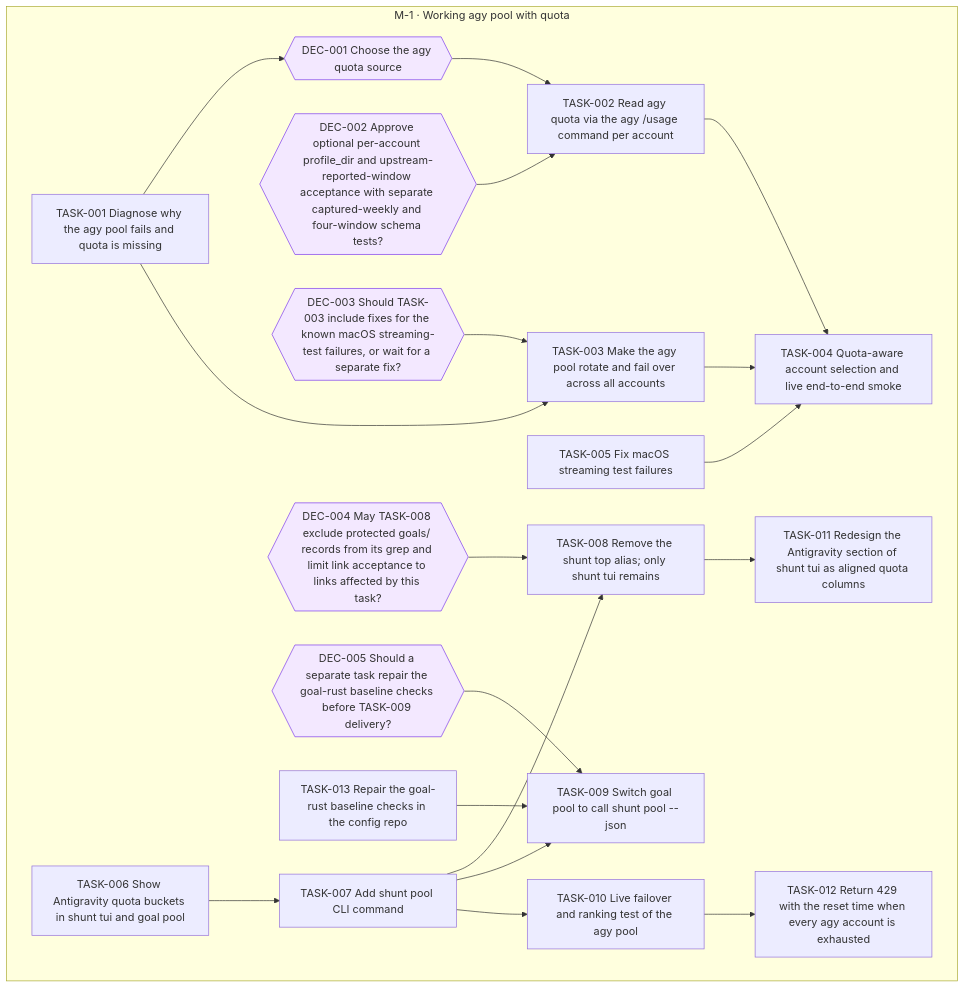
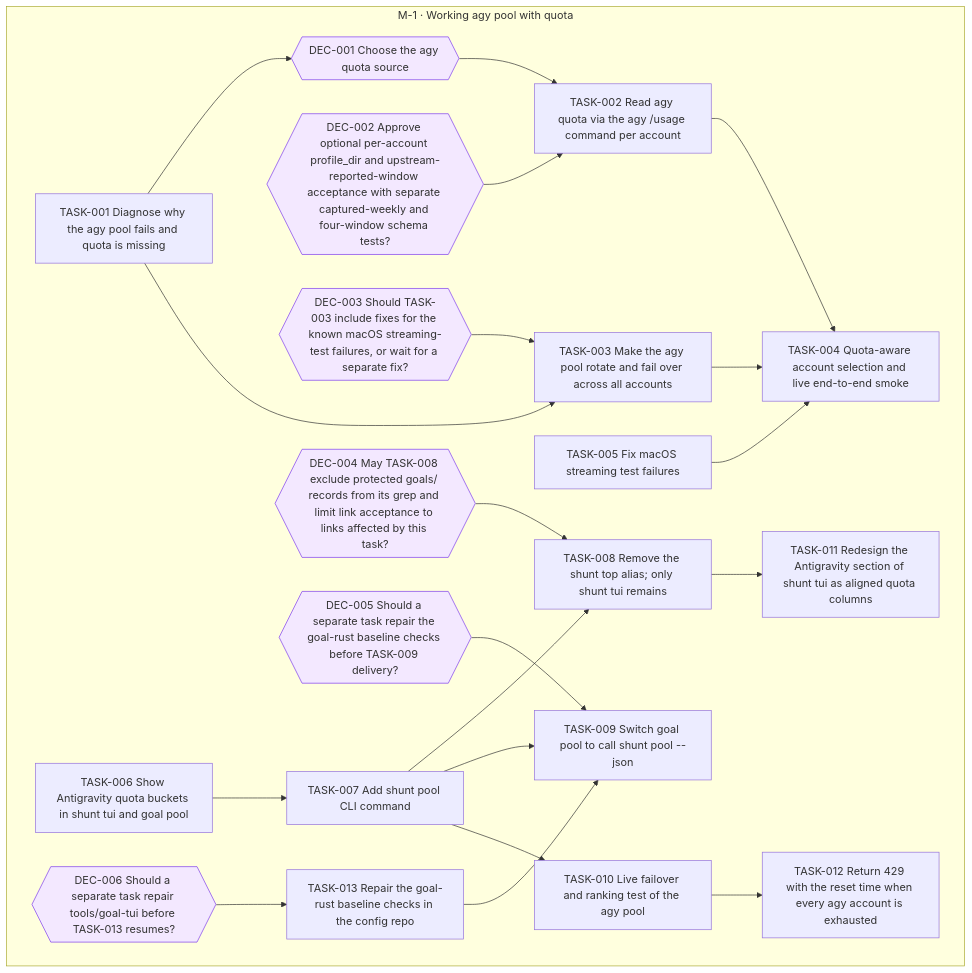
The diagram in goals/agy-pool/README.md (jesusvillota/shunt), drawn with Mermaid before and after one commit. The commit also changed 3 other files, not shown here.

Commit message:
goal(agy-pool): request DEC-006 from TASK-013

````diff
--- a/goals/agy-pool/README.md
+++ b/goals/agy-pool/README.md
@@ -19,48 +19,51 @@
 ```mermaid
 flowchart TD
   subgraph M_1["M-1 · Working agy pool with quota"]
     DEC_001{{"DEC-001 Choose the agy quota source"}}
     DEC_002{{"DEC-002 Approve optional per-account profile_dir and upstream-reported-window acceptance with separate captured-weekly and four-window schema tests?"}}
     DEC_003{{"DEC-003 Should TASK-003 include fixes for the known macOS streaming-test failures, or wait for a separate fix?"}}
     DEC_004{{"DEC-004 May TASK-008 exclude protected goals/ records from its grep and limit link acceptance to links affected by this task?"}}
     DEC_005{{"DEC-005 Should a separate task repair the goal-rust baseline checks before TASK-009 delivery?"}}
+    DEC_006{{"DEC-006 Should a separate task repair tools/goal-tui before TASK-013 resumes?"}}
     TASK_001["TASK-001 Diagnose why the agy pool fails and quota is missing"]
     TASK_002["TASK-002 Read agy quota via the agy /usage command per account"]
     TASK_003["TASK-003 Make the agy pool rotate and fail over across all accounts"]
     TASK_004["TASK-004 Quota-aware account selection and live end-to-end smoke"]
     TASK_005["TASK-005 Fix macOS streaming test failures"]
     TASK_006["TASK-006 Show Antigravity quota buckets in shunt tui and goal pool"]
     TASK_007["TASK-007 Add shunt pool CLI command"]
     TASK_008["TASK-008 Remove the shunt top alias; only shunt tui remains"]
     TASK_009["TASK-009 Switch goal pool to call shunt pool --json"]
     TASK_010["TASK-010 Live failover and ranking test of the agy pool"]
     TASK_011["TASK-011 Redesign the Antigravity section of shunt tui as aligned quota columns"]
     TASK_012["TASK-012 Return 429 with the reset time when every agy account is exhausted"]
     TASK_013["TASK-013 Repair the goal-rust baseline checks in the config repo"]
   end
   TASK_001 --> DEC_001
   DEC_001 --> TASK_002
   DEC_002 --> TASK_002
   TASK_001 --> TASK_003
   DEC_003 --> TASK_003
   TASK_002 --> TASK_004
   TASK_003 --> TASK_004
   TASK_005 --> TASK_004
   TASK_006 --> TASK_007
   TASK_007 --> TASK_008
   DEC_004 --> TASK_008
   TASK_007 --> TASK_009
   DEC_005 --> TASK_009
   TASK_013 --> TASK_009
   TASK_007 --> TASK_010
   TASK_008 --> TASK_011
   TASK_010 --> TASK_012
+  DEC_006 --> TASK_013
   classDef draft stroke-dasharray: 4 3
   classDef cancelled opacity:0.45
   classDef decision fill:#f3e8ff,stroke:#7c3aed
   class DEC_001 decision
   class DEC_002 decision
   class DEC_003 decision
   class DEC_004 decision
   class DEC_005 decision
+  class DEC_006 decision
 ```
````
